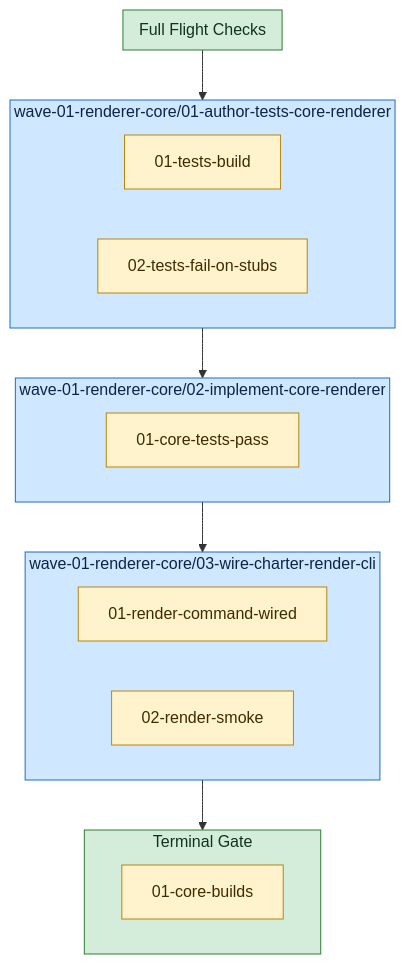
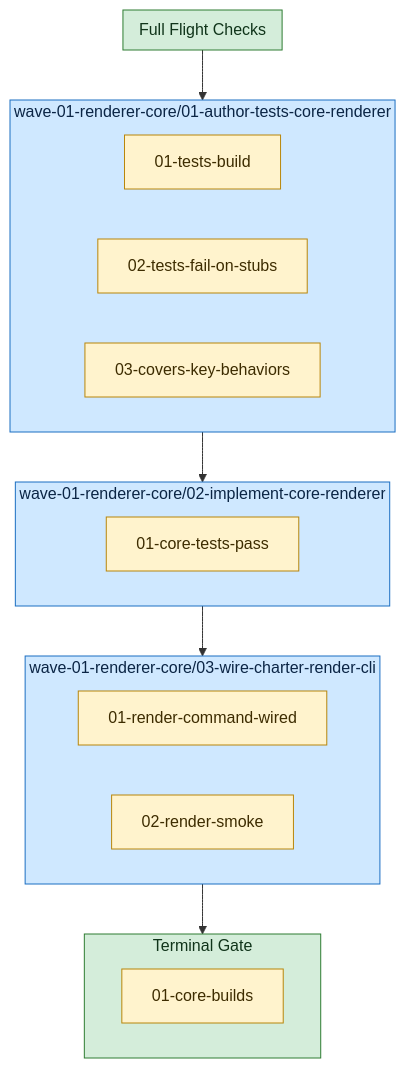
Before and after one commit to Servant-Software-LLC/Charter: the diagram in docs/plans/01-combine-lavish-and-visual-plan/wave-01-renderer-core/diagram.md, drawn with Mermaid. The commit also changed other lines of this file and 8 other files, not shown here.

````diff
--- a/docs/plans/01-combine-lavish-and-visual-plan/wave-01-renderer-core/diagram.md
+++ b/docs/plans/01-combine-lavish-and-visual-plan/wave-01-renderer-core/diagram.md
@@ -3,30 +3,31 @@
 ```mermaid
 flowchart TD
   subgraph plan_preflights["Full Flight Checks"]
   end
   style plan_preflights fill:#d4edda,stroke:#2e7d32,color:#10341a;
   subgraph task_wave_01_renderer_core_01_author_tests_core_renderer["wave-01-renderer-core/01-author-tests-core-renderer"]
     task_wave_01_renderer_core_01_author_tests_core_renderer_gr_0["01-tests-build"]:::guardrail
     task_wave_01_renderer_core_01_author_tests_core_renderer_gr_1["02-tests-fail-on-stubs"]:::guardrail
+    task_wave_01_renderer_core_01_author_tests_core_renderer_gr_2["03-covers-key-behaviors"]:::guardrail
   end
   style task_wave_01_renderer_core_01_author_tests_core_renderer fill:#cfe8ff,stroke:#1b6ec2,color:#0b2545;
   subgraph task_wave_01_renderer_core_02_implement_core_renderer["wave-01-renderer-core/02-implement-core-renderer"]
     task_wave_01_renderer_core_02_implement_core_renderer_gr_0["01-core-tests-pass"]:::guardrail
   end
   style task_wave_01_renderer_core_02_implement_core_renderer fill:#cfe8ff,stroke:#1b6ec2,color:#0b2545;
   subgraph task_wave_01_renderer_core_03_wire_charter_render_cli["wave-01-renderer-core/03-wire-charter-render-cli"]
     task_wave_01_renderer_core_03_wire_charter_render_cli_gr_0["01-render-command-wired"]:::guardrail
     task_wave_01_renderer_core_03_wire_charter_render_cli_gr_1["02-render-smoke"]:::guardrail
   end
   style task_wave_01_renderer_core_03_wire_charter_render_cli fill:#cfe8ff,stroke:#1b6ec2,color:#0b2545;
   subgraph plan_guardrails["Terminal Gate"]
     plan_guardrails_0["01-core-builds"]:::guardrail
   end
   style plan_guardrails fill:#d4edda,stroke:#2e7d32,color:#10341a;
   plan_preflights --> task_wave_01_renderer_core_01_author_tests_core_renderer
   task_wave_01_renderer_core_01_author_tests_core_renderer --> task_wave_01_renderer_core_02_implement_core_renderer
   task_wave_01_renderer_core_02_implement_core_renderer --> task_wave_01_renderer_core_03_wire_charter_render_cli
   task_wave_01_renderer_core_03_wire_charter_render_cli --> plan_guardrails
   classDef preflight fill:#e6d7ff,stroke:#6f42c1,color:#2e1065;
   classDef guardrail fill:#fff3cd,stroke:#b8860b,color:#3d2c00;
 ```
````
